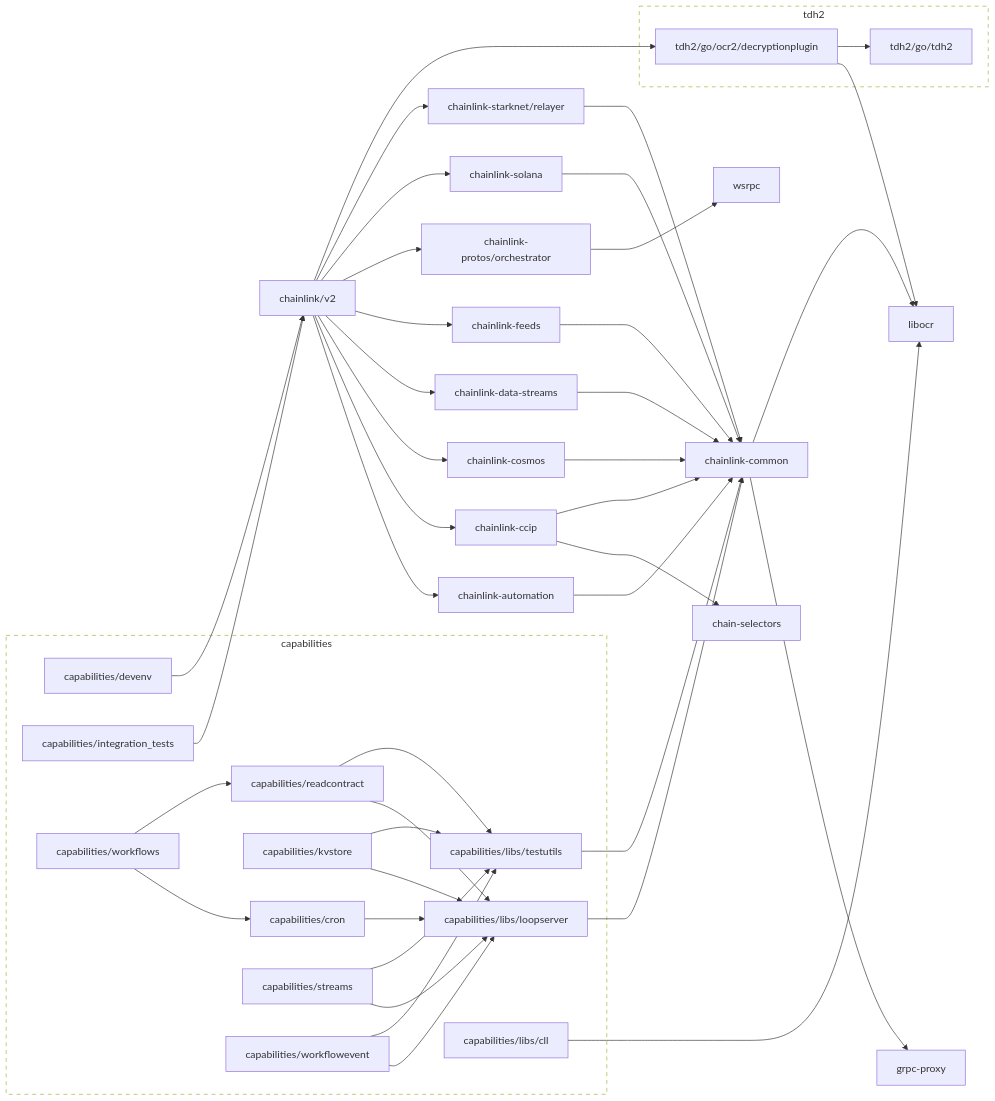
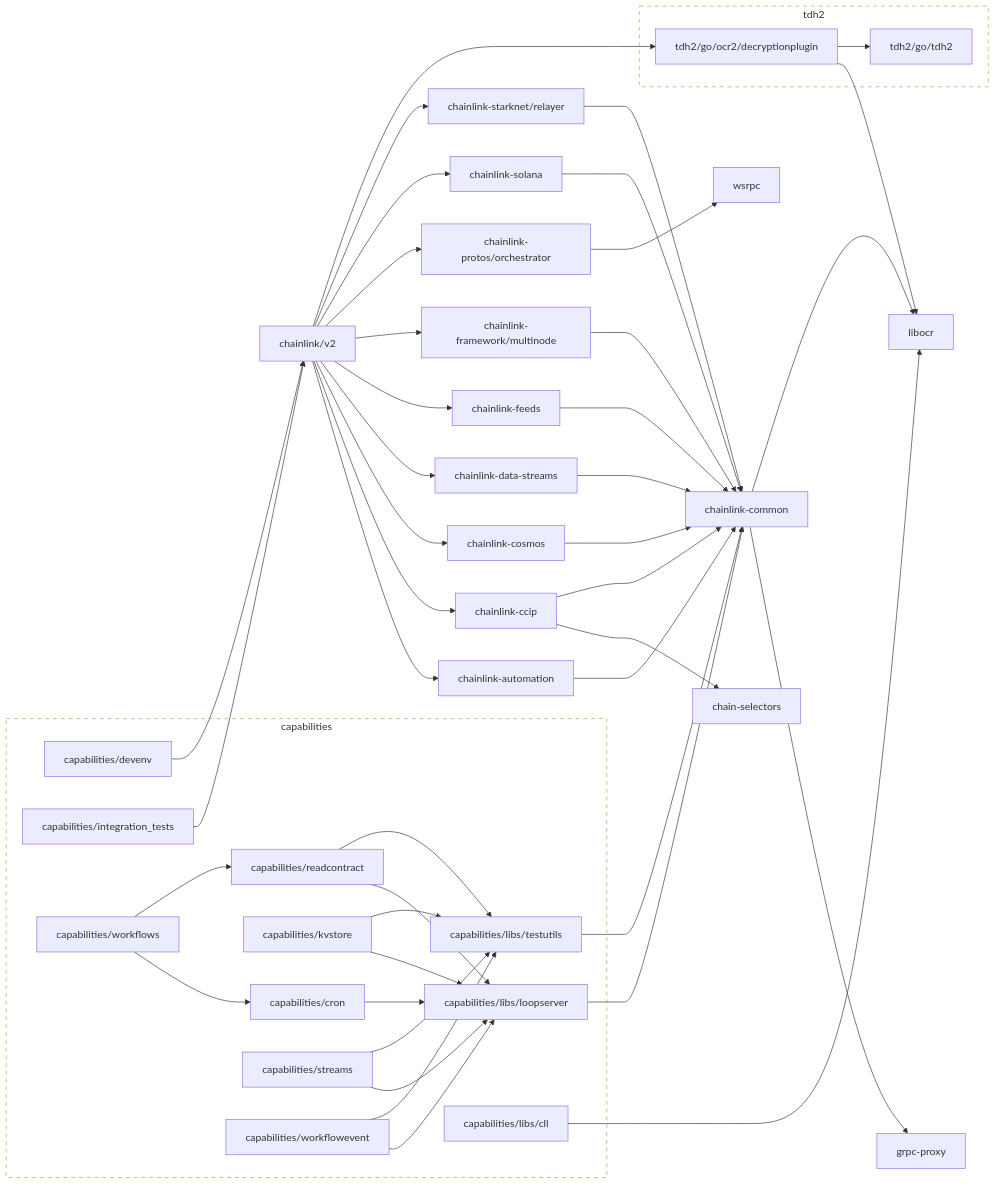
One commit to smartcontractkit/capabilities changed the diagram in go.md. Above: the diagram before and after it, drawn with Mermaid.

Commit message:
make modgraph

```diff
--- a/go.md
+++ b/go.md
@@ -45,6 +45,8 @@
 	click chainlink-data-streams href "https://github.com/smartcontractkit/chainlink-data-streams"
 	chainlink-feeds --> chainlink-common
 	click chainlink-feeds href "https://github.com/smartcontractkit/chainlink-feeds"
+	chainlink-framework/multinode --> chainlink-common
+	click chainlink-framework/multinode href "https://github.com/smartcontractkit/chainlink-framework"
 	chainlink-protos/orchestrator --> wsrpc
 	click chainlink-protos/orchestrator href "https://github.com/smartcontractkit/chainlink-protos"
 	chainlink-solana --> chainlink-common
@@ -56,6 +58,7 @@
 	chainlink/v2 --> chainlink-cosmos
 	chainlink/v2 --> chainlink-data-streams
 	chainlink/v2 --> chainlink-feeds
+	chainlink/v2 --> chainlink-framework/multinode
 	chainlink/v2 --> chainlink-protos/orchestrator
 	chainlink/v2 --> chainlink-solana
 	chainlink/v2 --> chainlink-starknet/relayer
```
